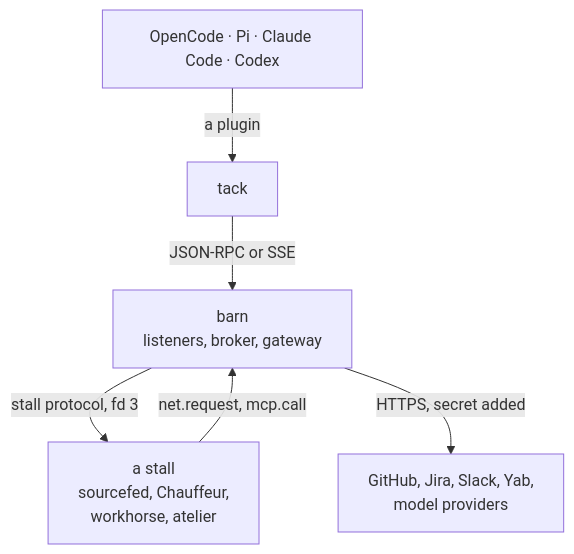
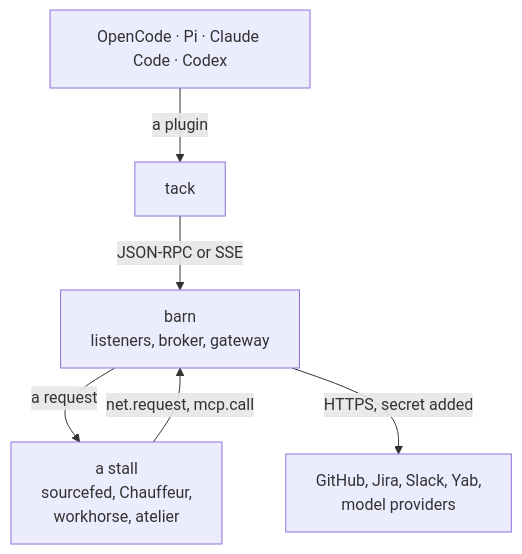
One commit to wrkhse/workhorse changed the first of 7 diagrams in ARCHITECTURE.md. Above: the diagram before and after it, drawn with Mermaid. The commit also changed other lines of this file and 9 other files, not shown here.

First line of the commit message:
docs: the connect-back stall protocol, and where B1 stands

````diff
--- a/ARCHITECTURE.md
+++ b/ARCHITECTURE.md
@@ -30,13 +30,13 @@
 ```mermaid
 flowchart TB
     HC["OpenCode · Pi · Claude Code · Codex"]
     TK["tack"]
     B["barn<br/>listeners, broker, gateway"]
     ST["a stall<br/>sourcefed, Chauffeur,<br/>workhorse, atelier"]
     UP["GitHub, Jira, Slack, Yab,<br/>model providers"]
     HC -- "a plugin" --> TK
     TK -- "JSON-RPC or SSE" --> B
-    B -- "stall protocol, fd 3" --> ST
+    B -- "a request" --> ST
     ST -- "net.request, mcp.call" --> B
     B -- "HTTPS, secret added" --> UP
 ```
````
